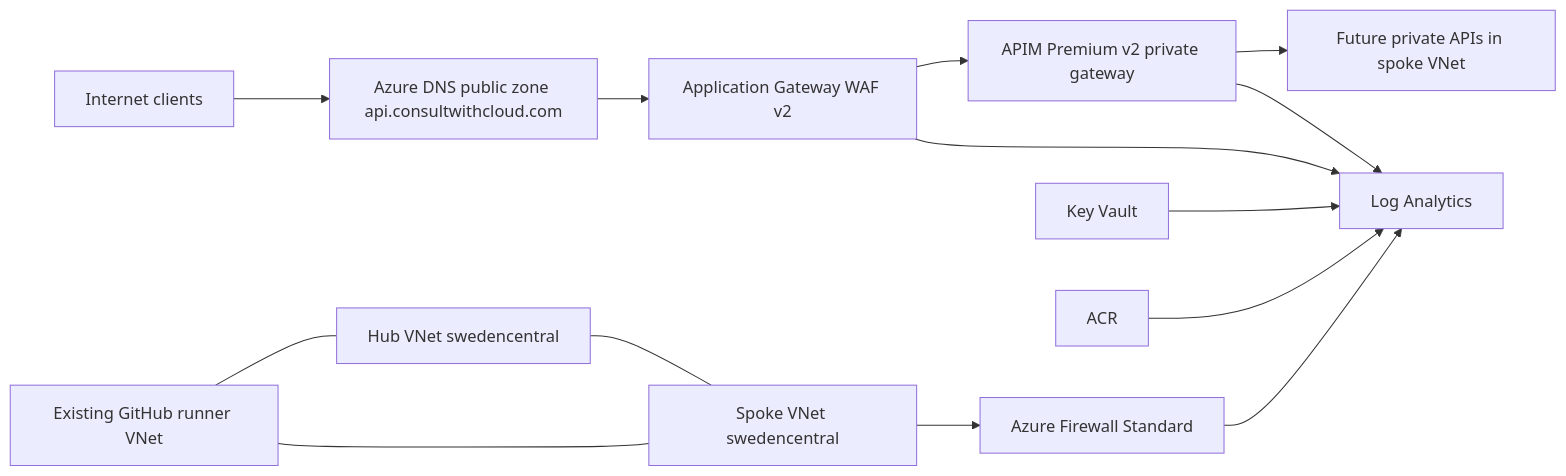
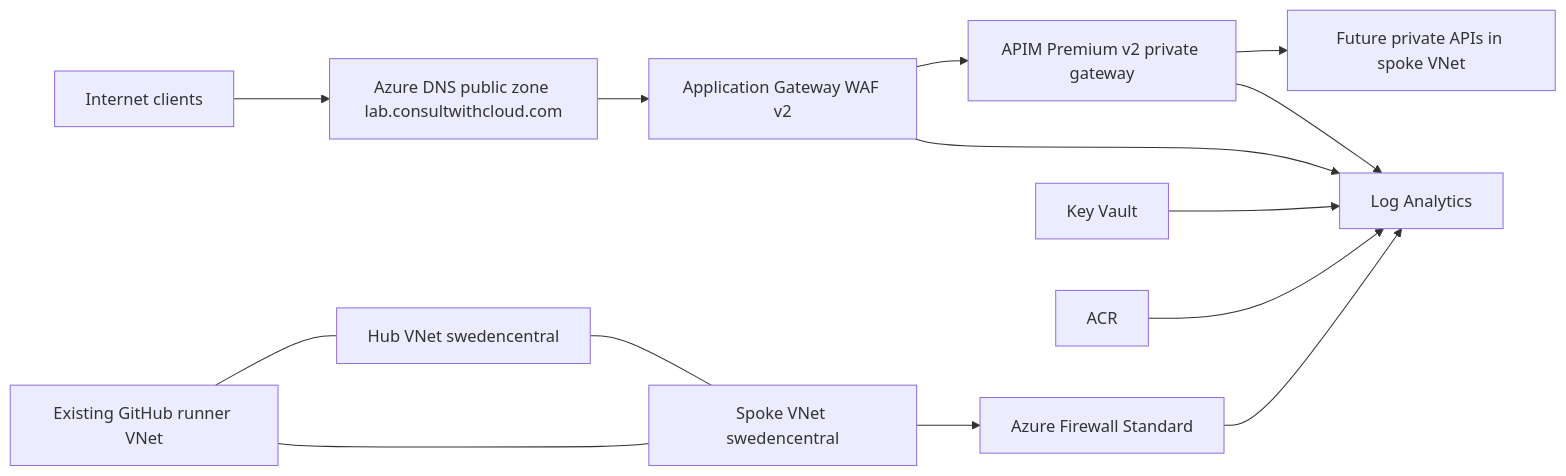
The diagram in design-log/001-hub-spoke-apim-edge-platform.md (collaborationwithothers/azure-apim-ai-gateway-architecture-lab), drawn with Mermaid before and after one commit. The commit also changed other lines of this file and 11 other files, not shown here.

Commit message:
Parameterize lab DNS hostnames

````diff
--- a/design-log/001-hub-spoke-apim-edge-platform.md
+++ b/design-log/001-hub-spoke-apim-edge-platform.md
@@ -102,18 +102,18 @@
 ```mermaid
 flowchart LR
-  internet[Internet clients] --> dns[Azure DNS public zone api.consultwithcloud.com]
+  internet[Internet clients] --> dns[Azure DNS public zone lab.consultwithcloud.com]
   dns --> appgw[Application Gateway WAF v2]
   appgw --> apim[APIM Premium v2 private gateway]
   apim --> spoke[Future private APIs in spoke VNet]
 
   runner[Existing GitHub runner VNet] --- hub[Hub VNet swedencentral]
   runner --- spokeVnet[Spoke VNet swedencentral]
   hub --- spokeVnet
 
   spokeVnet --> fw[Azure Firewall Standard]
   appgw --> law[Log Analytics]
   apim --> law
   fw --> law
   kv[Key Vault] --> law
   acr[ACR] --> law
 ```
````
